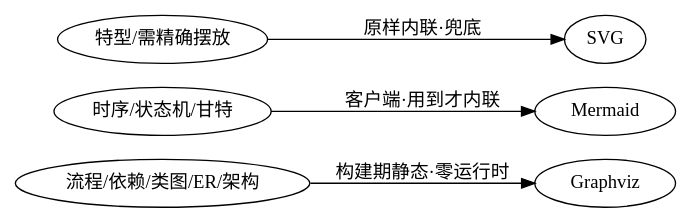
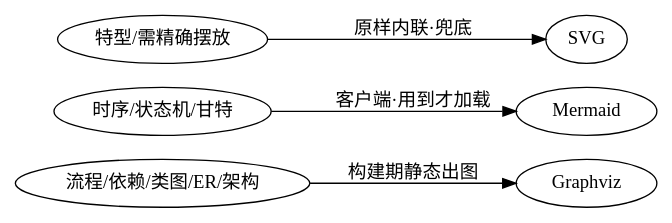
Before and after one commit to yanxuan-lc/excalivibe: the first of 2 diagrams in docs/tech/mdx-artifact/README.mdx, drawn with Graphviz. The commit also changed other lines of this file and 45 other files, not shown here.

````diff
--- a/docs/tech/mdx-artifact/README.mdx
+++ b/docs/tech/mdx-artifact/README.mdx
@@ -46,10 +55,10 @@
 ```dot
 digraph { rankdir=LR
   结构关系图 [label="流程/依赖/类图/ER/架构"]
   专用记法 [label="时序/状态机/甘特"]
   自定义 [label="特型/需精确摆放"]
-  结构关系图 -> Graphviz [label="构建期静态·零运行时"]
-  专用记法 -> Mermaid [label="客户端·用到才内联"]
+  结构关系图 -> Graphviz [label="构建期静态出图"]
+  专用记法 -> Mermaid [label="客户端·用到才加载"]
   自定义 -> SVG [label="原样内联·兜底"]
 }
 ```
````
